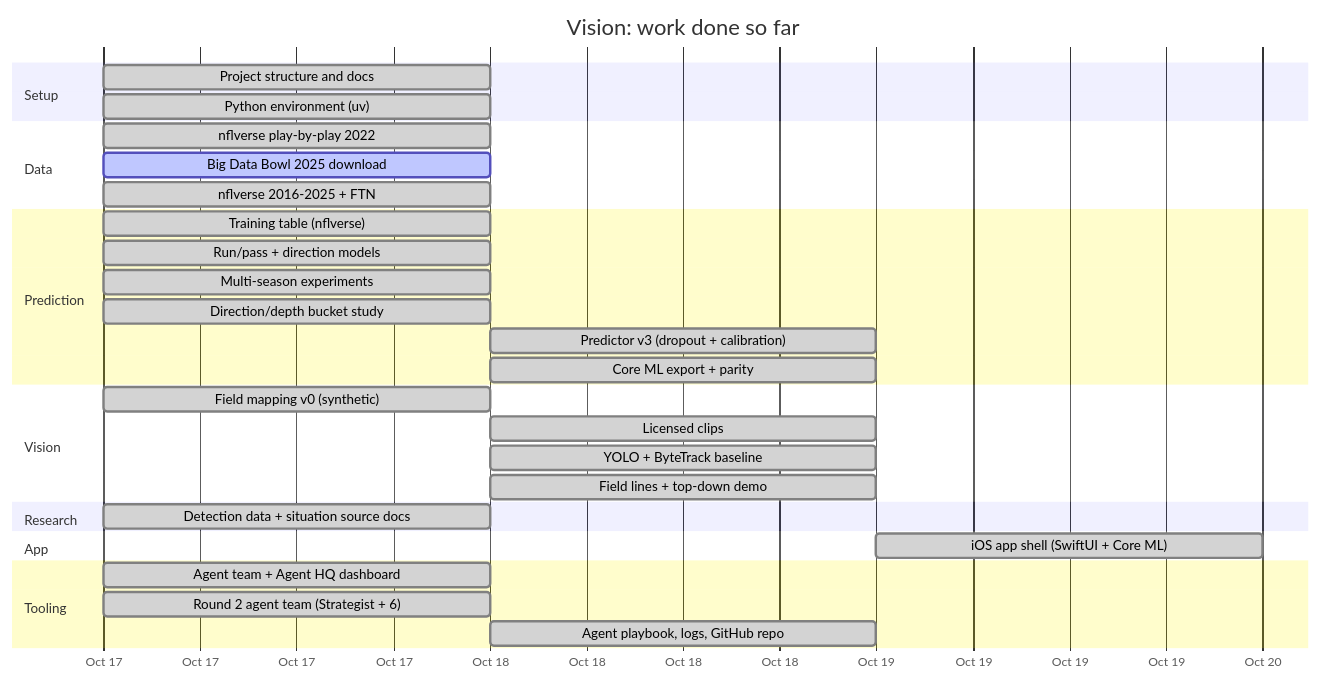
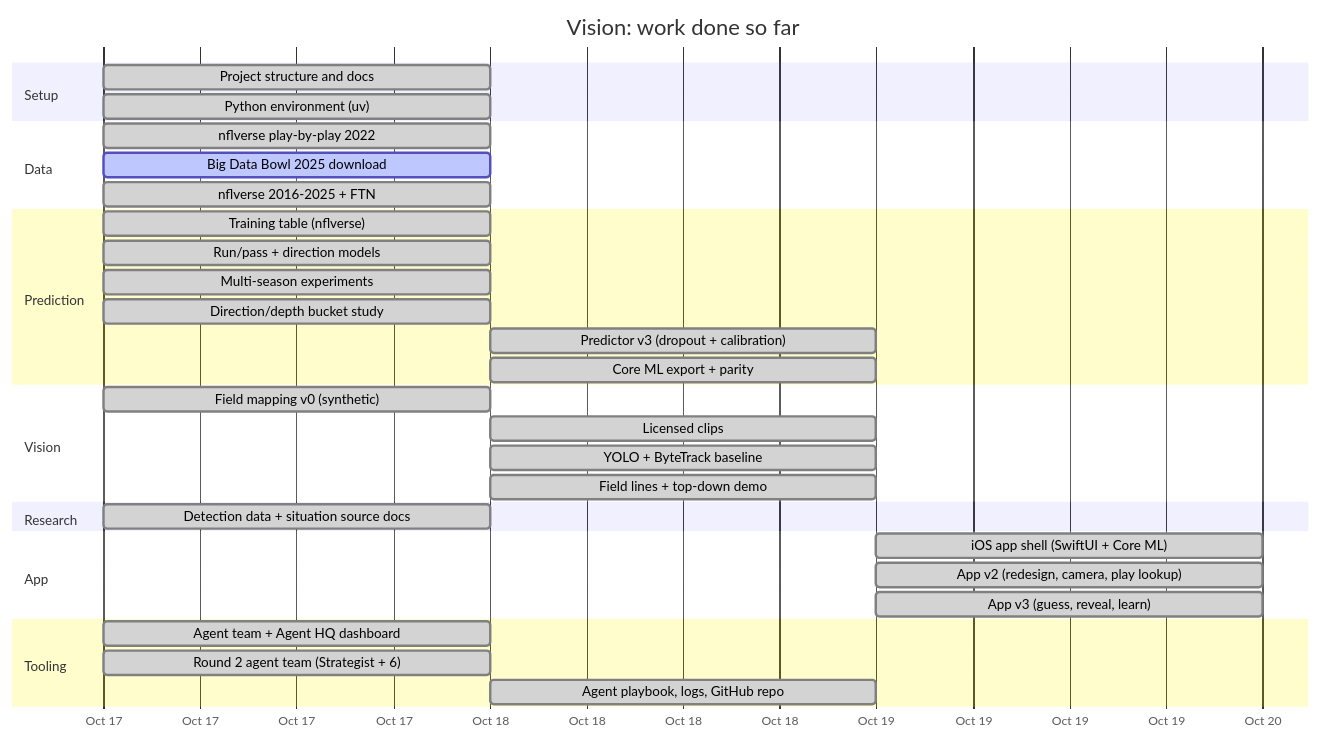
Before and after one commit to nicolasman7/Vision: the diagram in docs/PROGRESS.md, drawn with Mermaid. The commit also changed other lines of this file and 13 other files, not shown here.

First line of the commit message:
appv3: self-learning Play lookup (guess -> reveal -> learn) + version docs

````diff
--- a/docs/PROGRESS.md
+++ b/docs/PROGRESS.md
@@ -5,40 +5,42 @@
 ```mermaid
 gantt
     title Vision: work done so far
     dateFormat YYYY-MM-DD
     axisFormat %b %d
 
     section Setup
     Project structure and docs :done, setup, 2026-10-17, 1d
     Python environment (uv)    :done, env, 2026-10-17, 1d
 
     section Data
     nflverse play-by-play 2022 :done, nflv, 2026-10-17, 1d
     Big Data Bowl 2025 download :active, bdb, 2026-10-17, 1d
     nflverse 2016-2025 + FTN   :done, multi, 2026-10-17, 1d
 
     section Prediction
     Training table (nflverse)   :done, table, 2026-10-17, 1d
     Run/pass + direction models :done, models, 2026-10-17, 1d
     Multi-season experiments    :done, exps, 2026-10-17, 1d
     Direction/depth bucket study :done, buckets, 2026-10-17, 1d
     Predictor v3 (dropout + calibration) :done, v3, 2026-10-18, 1d
     Core ML export + parity :done, coreml, 2026-10-18, 1d
 
     section Vision
     Field mapping v0 (synthetic) :done, fmap, 2026-10-17, 1d
     Licensed clips :done, clips, 2026-10-18, 1d
     YOLO + ByteTrack baseline :done, yolo, 2026-10-18, 1d
     Field lines + top-down demo :done, lines, 2026-10-18, 1d
 
     section Research
     Detection data + situation source docs :done, research, 2026-10-17, 1d
 
     section App
     iOS app shell (SwiftUI + Core ML) :done, app, 2026-10-19, 1d
+    App v2 (redesign, camera, play lookup) :done, appv2, 2026-10-19, 1d
+    App v3 (guess, reveal, learn) :done, appv3, 2026-10-19, 1d
 
     section Tooling
     Agent team + Agent HQ dashboard :done, hq, 2026-10-17, 1d
     Round 2 agent team (Strategist + 6) :done, team2, 2026-10-17, 1d
     Agent playbook, logs, GitHub repo :done, repo, 2026-10-18, 1d
 ```
````
